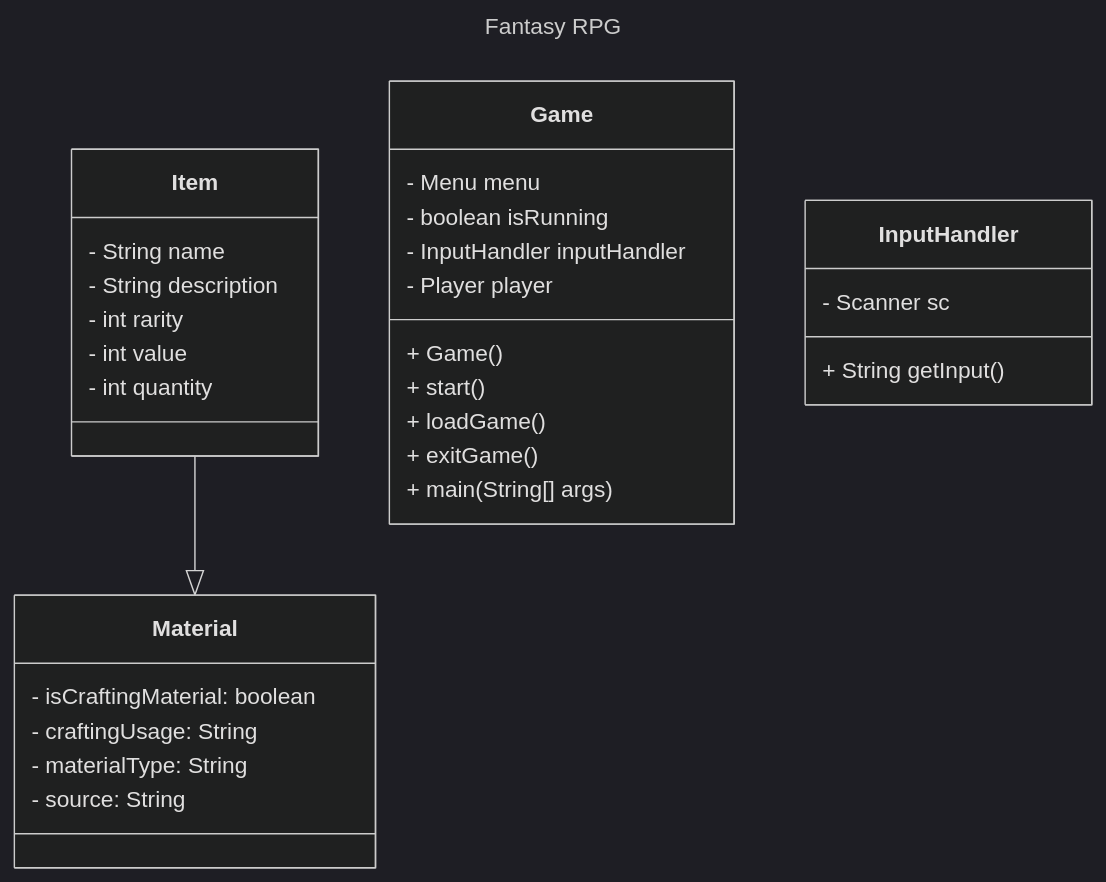
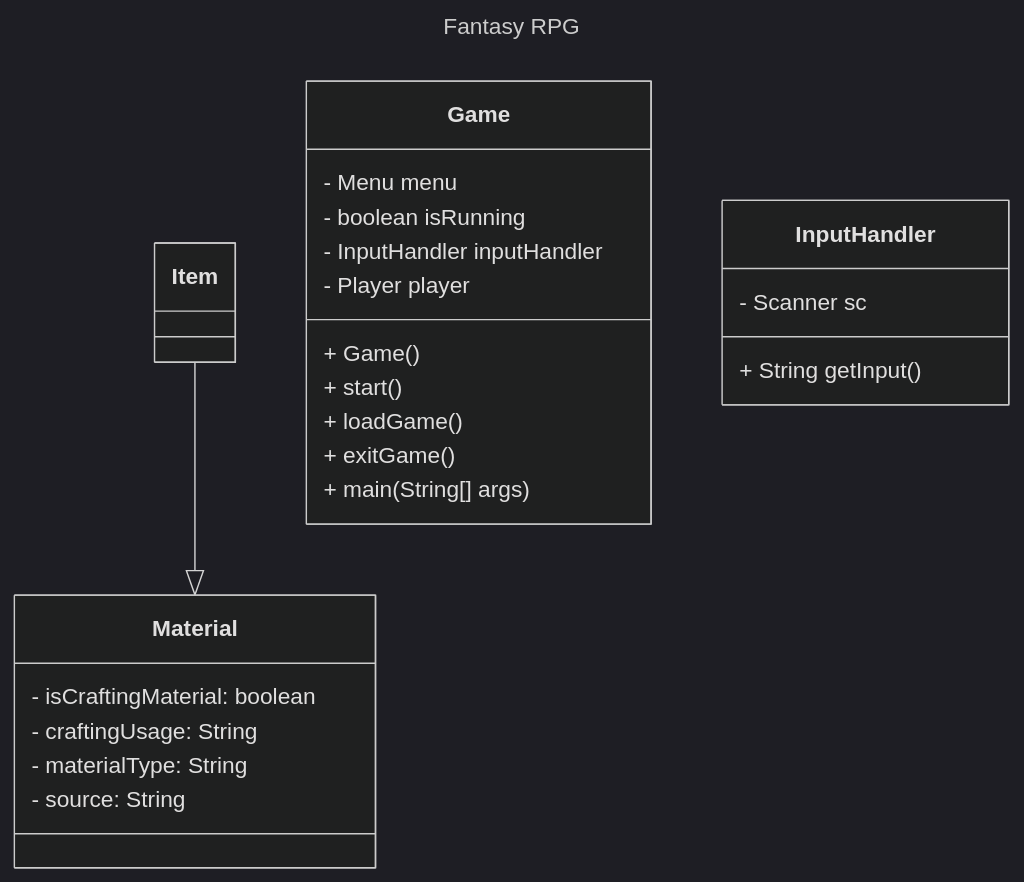
The diagram in wiki/Class-Diagram.md (pacalso-jjc/2425-2nd-cc3-1b-rpg), drawn with Mermaid (dark theme) before and after one commit.

Commit message:
Item is removed while its relationship with Material is retained.

````diff
--- a/wiki/Class-Diagram.md
+++ b/wiki/Class-Diagram.md
@@ -1,38 +1,30 @@
 ```mermaid
 ---
 title: Fantasy RPG
 ---
 classDiagram
     Item --|> Material
-    class Item{
-        - String name
-        - String description
-        - int rarity
-        - int value
-        - int quantity
-    }
-
     class Material {
         - isCraftingMaterial: boolean
         - craftingUsage: String
         - materialType: String
         - source: String
     }
 
     class Game{
         - Menu menu
         - boolean isRunning
         - InputHandler inputHandler
         - Player player
         + Game()
         + start()
         + loadGame()
         + exitGame()
         + main(String[] args)
     }
 
     class InputHandler{
         - Scanner sc
         + String getInput()
     }
 ```
````
